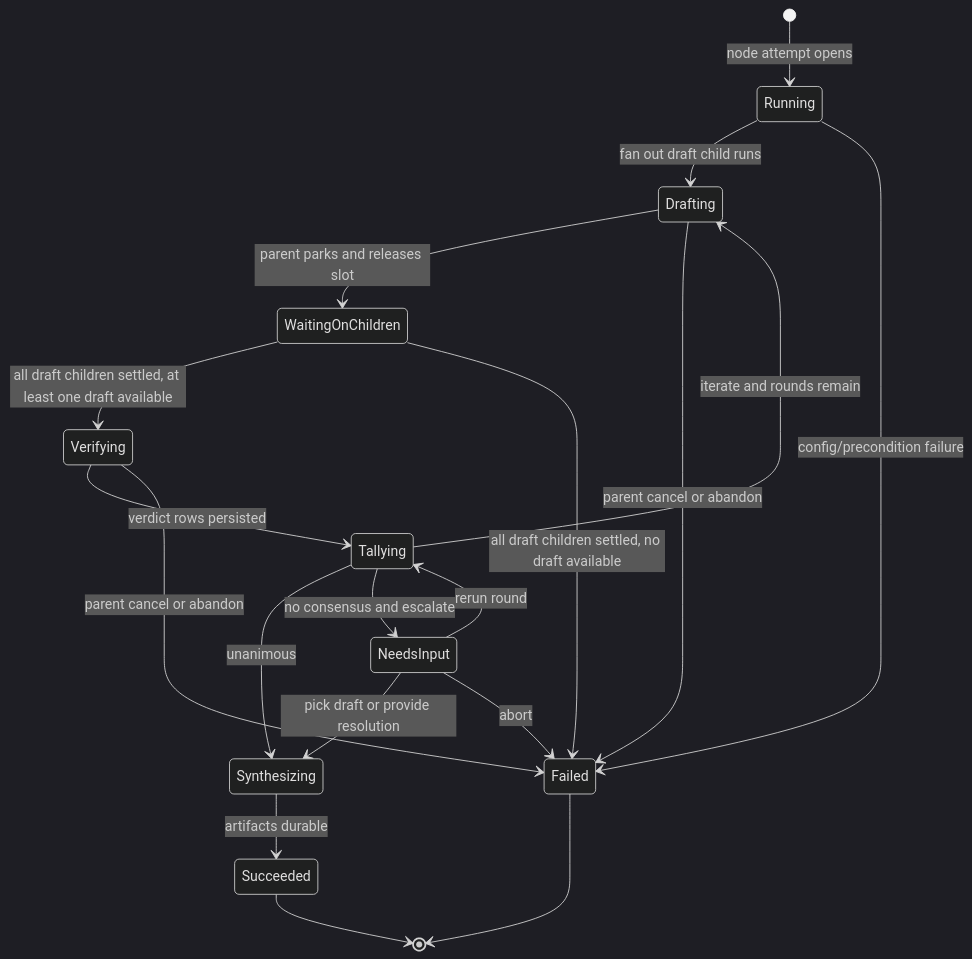
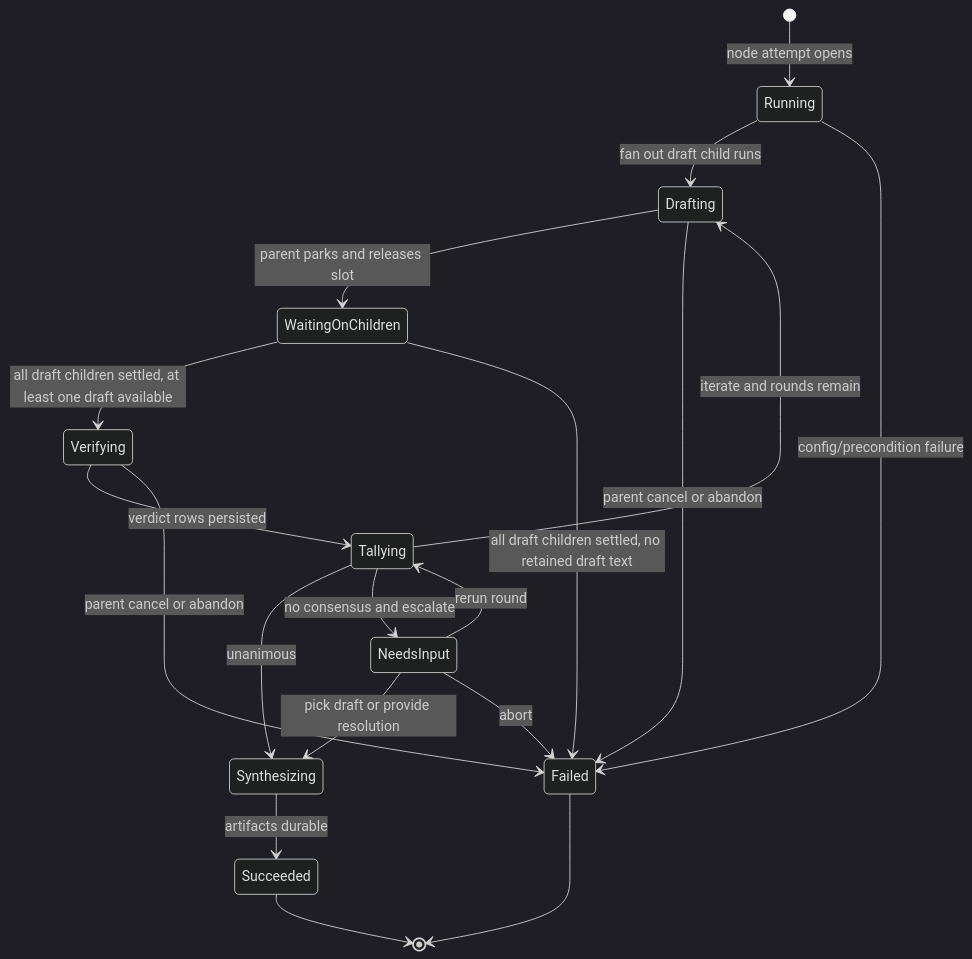
The first of 4 diagrams in docs/system-analytics/consensus.md (maister-dev/maister), drawn with Mermaid (dark theme) before and after one commit. The commit also changed other lines of this file and 9 other files, not shown here.

````diff
--- a/docs/system-analytics/consensus.md
+++ b/docs/system-analytics/consensus.md
@@ -67,21 +67,21 @@
 ```mermaid
 stateDiagram-v2
     [*] --> Running: node attempt opens
     Running --> Drafting: fan out draft child runs
     Drafting --> WaitingOnChildren: parent parks and releases slot
     WaitingOnChildren --> Verifying: all draft children settled, at least one draft available
-    WaitingOnChildren --> Failed: all draft children settled, no draft available
+    WaitingOnChildren --> Failed: all draft children settled, no retained draft text
     Verifying --> Tallying: verdict rows persisted
     Tallying --> Synthesizing: unanimous
     Tallying --> Drafting: iterate and rounds remain
     Tallying --> NeedsInput: no consensus and escalate
     NeedsInput --> Tallying: rerun round
     NeedsInput --> Synthesizing: pick draft or provide resolution
     NeedsInput --> Failed: abort
     Synthesizing --> Succeeded: artifacts durable
     Running --> Failed: config/precondition failure
     Drafting --> Failed: parent cancel or abandon
     Verifying --> Failed: parent cancel or abandon
     Succeeded --> [*]
     Failed --> [*]
 ```
````
